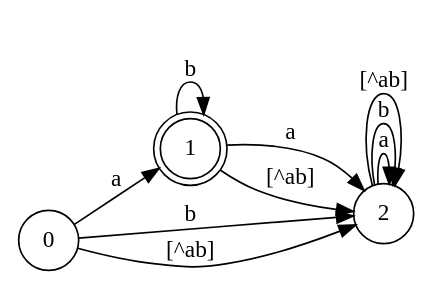
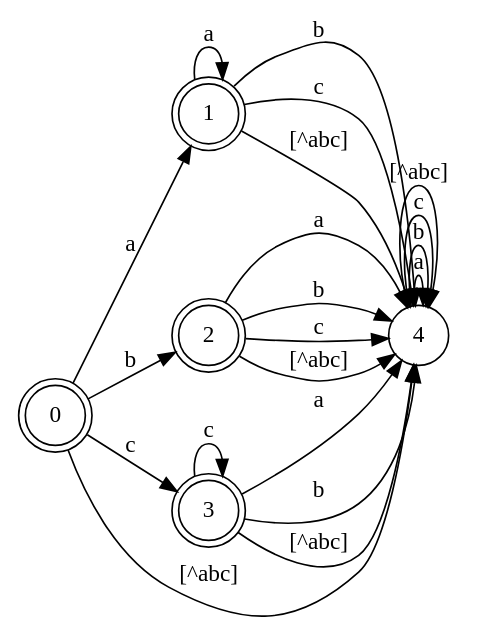
One commit to AmBha21/Theory-of-Computation changed the diagram in nfa.dot. Above: the diagram before and after it, drawn with Graphviz. The commit also changed 12 other files, not shown here.

```diff
--- a/nfa.dot
+++ b/nfa.dot
@@ -1,14 +1,25 @@
 digraph NFA {
     rankdir=LR;
-    node [shape = doublecircle]; 1;
+    node [shape = doublecircle]; 0 1 2 3;
     node [shape = circle];
     0 -> 1 [label="a"];
     0 -> 2 [label="b"];
-    0 -> 2 [label="[^ab]"];
-    1 -> 2 [label="a"];
-    1 -> 1 [label="b"];
-    1 -> 2 [label="[^ab]"];
-    2 -> 2 [label="a"];
-    2 -> 2 [label="b"];
-    2 -> 2 [label="[^ab]"];
+    0 -> 3 [label="c"];
+    0 -> 4 [label="[^abc]"];
+    1 -> 1 [label="a"];
+    1 -> 4 [label="b"];
+    1 -> 4 [label="c"];
+    1 -> 4 [label="[^abc]"];
+    2 -> 4 [label="a"];
+    2 -> 4 [label="b"];
+    2 -> 4 [label="c"];
+    2 -> 4 [label="[^abc]"];
+    3 -> 4 [label="a"];
+    3 -> 4 [label="b"];
+    3 -> 3 [label="c"];
+    3 -> 4 [label="[^abc]"];
+    4 -> 4 [label="a"];
+    4 -> 4 [label="b"];
+    4 -> 4 [label="c"];
+    4 -> 4 [label="[^abc]"];
 }
```
